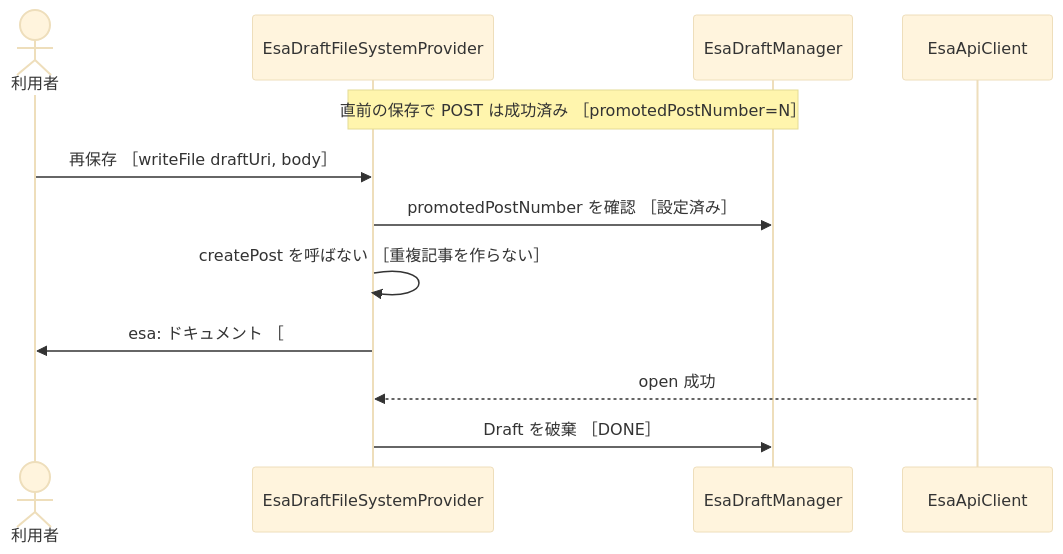
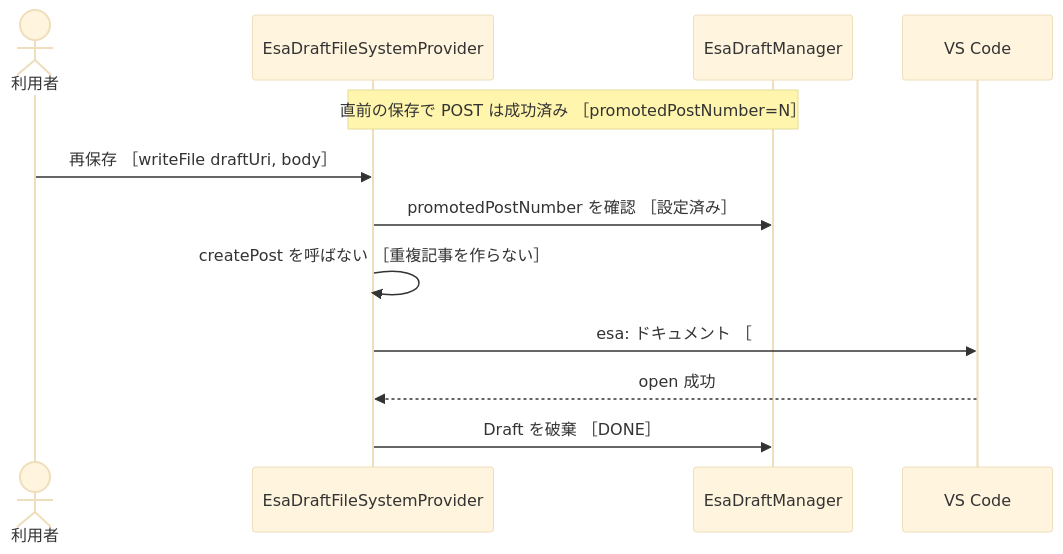
One commit to LevelCapCoJapanTools/vscode_esa_explorer changed the second of 8 diagrams in .github/copilot/plans/3-create-post.md. Above: the diagram before and after it, drawn with Mermaid (base theme). The commit also changed other lines of this file, not shown here.

Commit message:
fix: レビュー指摘の図表不整合を修正
Mermaid のシーケンス図で esa open の応答元を VS Code に修正しました。クラス図では TypeScript 型定義と矛盾しないよう optional 属性の注記を追加しました。

````diff
--- a/.github/copilot/plans/3-create-post.md
+++ b/.github/copilot/plans/3-create-post.md
@@ -179,15 +179,15 @@
 ```mermaid
 sequenceDiagram
     actor User as 利用者
     participant DP as EsaDraftFileSystemProvider
     participant Mgr as EsaDraftManager
-    participant Api as EsaApiClient
+    participant VS as VS Code
 
     Note over DP,Mgr: 直前の保存で POST は成功済み ［promotedPostNumber=N］
     User->>DP: 再保存 ［writeFile draftUri, body］
     DP->>Mgr: promotedPostNumber を確認 ［設定済み］
     DP->>DP: createPost を呼ばない ［重複記事を作らない］
-    DP->>User: esa: ドキュメント ［#N］の open を再試行
-    Api-->>DP: open 成功
+    DP->>VS: esa: ドキュメント ［#N］の open を再試行
+    VS-->>DP: open 成功
     DP->>Mgr: Draft を破棄 ［DONE］
 ```
````
